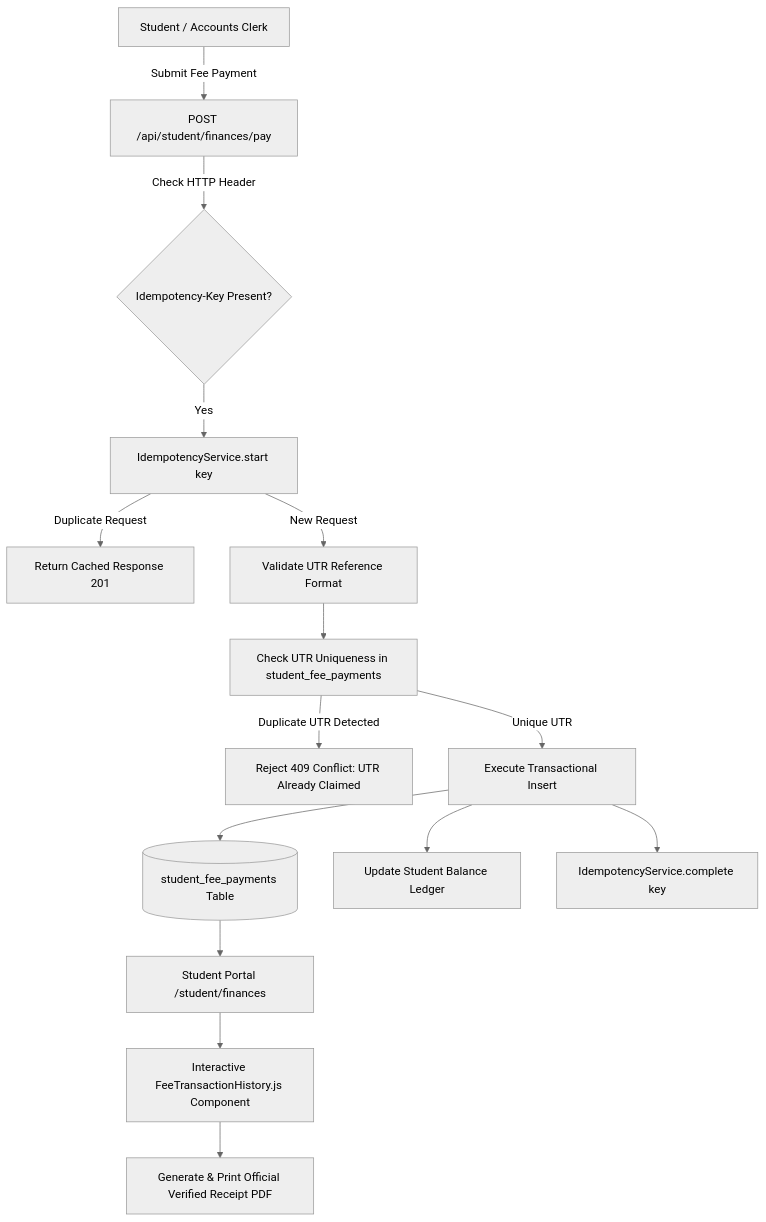
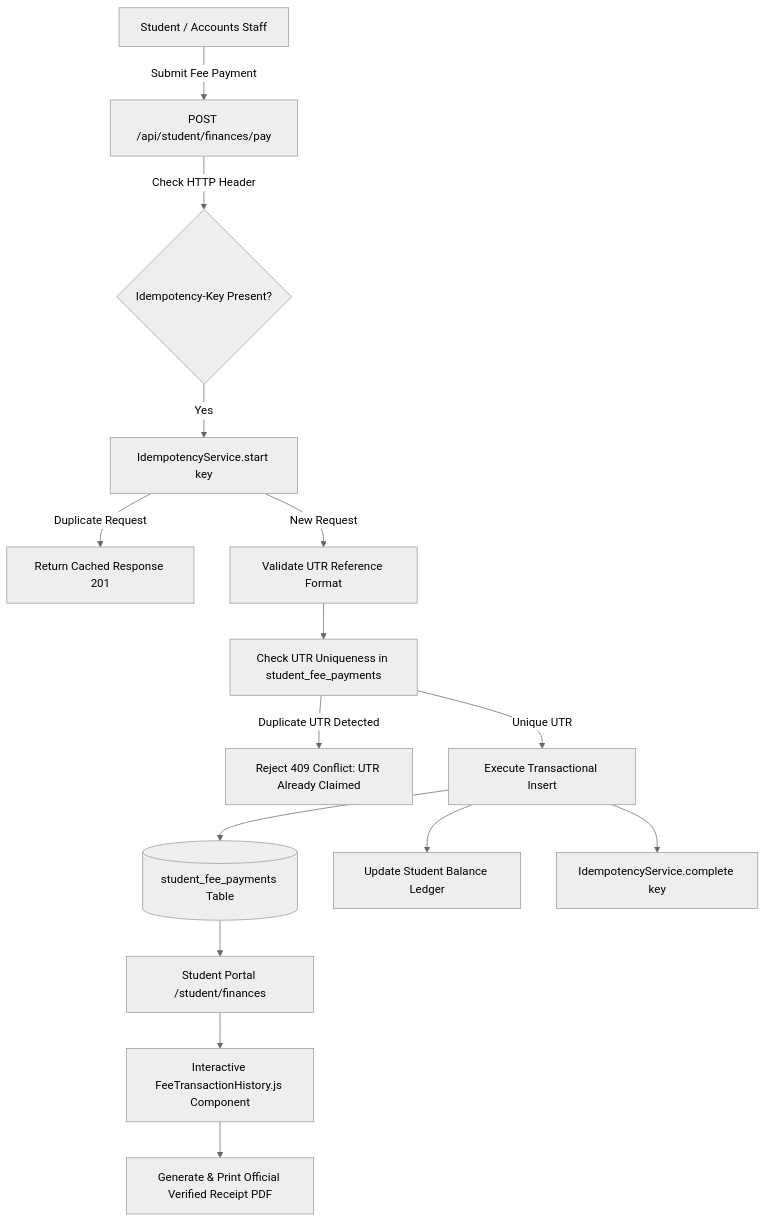
One commit to GouthamA15/KUCET_College_Management_System changed the first of 2 diagrams in DOCUMENTATION/features/fees.md. Above: the diagram before and after it, drawn with Mermaid (neutral theme). The commit also changed other lines of this file and 21 other files, not shown here.

````diff
--- a/DOCUMENTATION/features/fees.md
+++ b/DOCUMENTATION/features/fees.md
@@ -9,21 +9,21 @@
 ```mermaid
 flowchart TD
-    A[Student / Accounts Clerk] -->|Submit Fee Payment| B[POST /api/student/finances/pay]
+    A[Student / Accounts Staff] -->|Submit Fee Payment| B[POST /api/student/finances/pay]
     B -->|Check HTTP Header| C{Idempotency-Key Present?}
     
     C -->|Yes| D[IdempotencyService.start key]
     D -->|Duplicate Request| E[Return Cached Response 201]
     D -->|New Request| F[Validate UTR Reference Format]
     
     F --> G[Check UTR Uniqueness in student_fee_payments]
     G -->|Duplicate UTR Detected| H[Reject 409 Conflict: UTR Already Claimed]
     G -->|Unique UTR| I[Execute Transactional Insert]
     
     I --> J[(student_fee_payments Table)]
     I --> K[Update Student Balance Ledger]
     I --> L[IdempotencyService.complete key]
     
     J --> M[Student Portal /student/finances]
     M --> N[Interactive FeeTransactionHistory.js Component]
     N --> O[Generate & Print Official Verified Receipt PDF]
 ```
````
